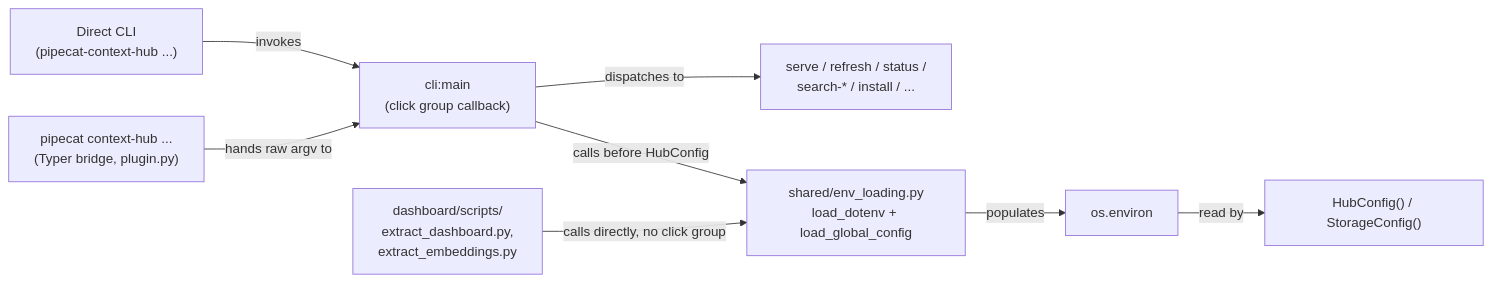
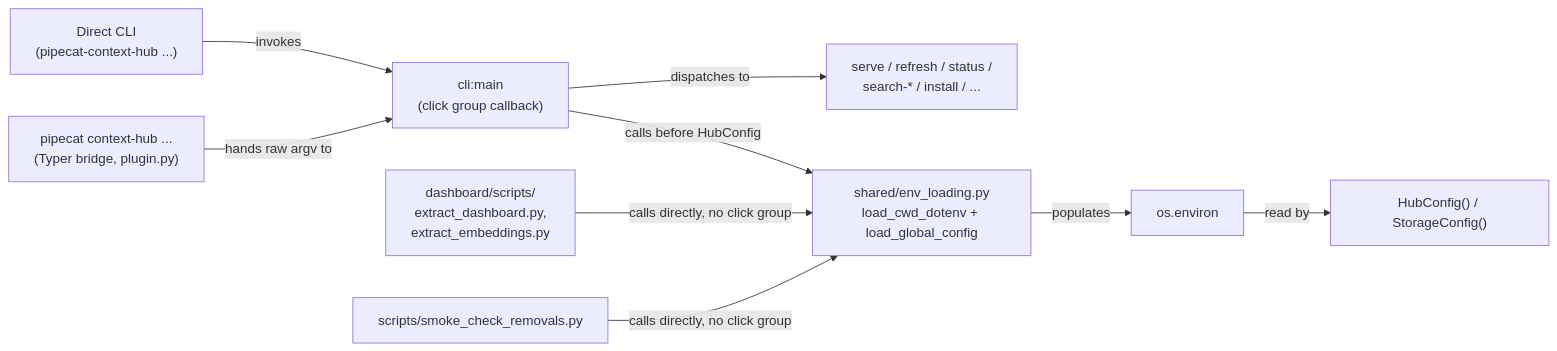
The first of 2 diagrams in docs/dev_plans/20260807-feature-global-config-toml.md (pipecat-ai/pipecat-context-hub), drawn with Mermaid before and after one commit. The commit also changed other lines of this file, not shown here.

First line of the commit message:
docs: address third /review-plan round for global-config-toml plan

````diff
--- a/docs/dev_plans/20260807-feature-global-config-toml.md
+++ b/docs/dev_plans/20260807-feature-global-config-toml.md
@@ -176,10 +190,11 @@
 ```mermaid
 graph LR
     CLI["Direct CLI\n(pipecat-context-hub ...)"] -->|invokes| Group["cli:main\n(click group callback)"]
     Bridge["pipecat context-hub ...\n(Typer bridge, plugin.py)"] -->|hands raw argv to| Group
     Group -->|dispatches to| Sub["serve / refresh / status /\nsearch-* / install / ..."]
-    Group -->|calls before HubConfig| Loader["shared/env_loading.py\nload_dotenv + load_global_config"]
+    Group -->|calls before HubConfig| Loader["shared/env_loading.py\nload_cwd_dotenv + load_global_config"]
     Loader -->|populates| Env["os.environ"]
     Env -->|read by| Config["HubConfig() / StorageConfig()"]
     Dash["dashboard/scripts/\nextract_dashboard.py,\nextract_embeddings.py"] -->|calls directly, no click group| Loader
+    Smoke["scripts/smoke_check_removals.py"] -->|calls directly, no click group| Loader
 ```
````
